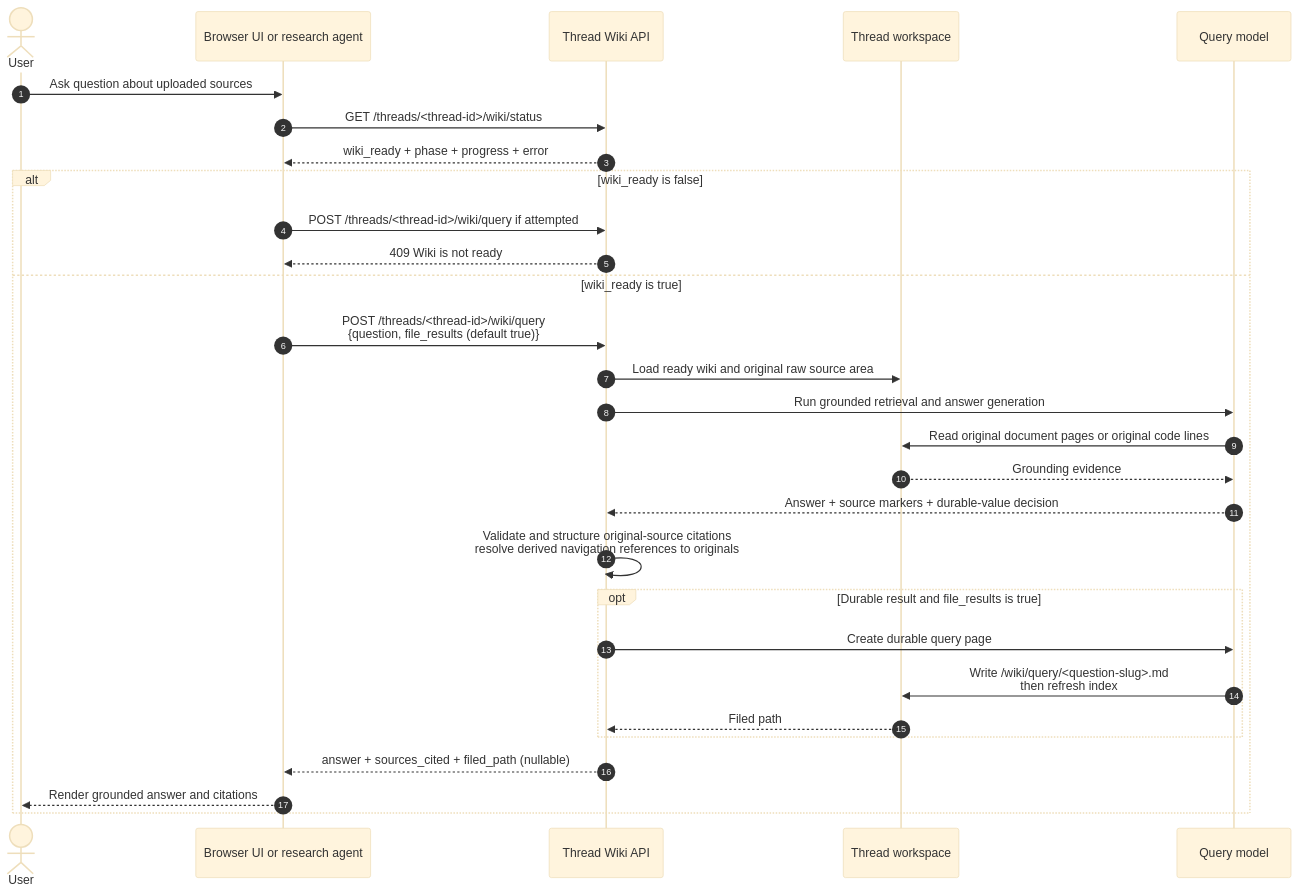
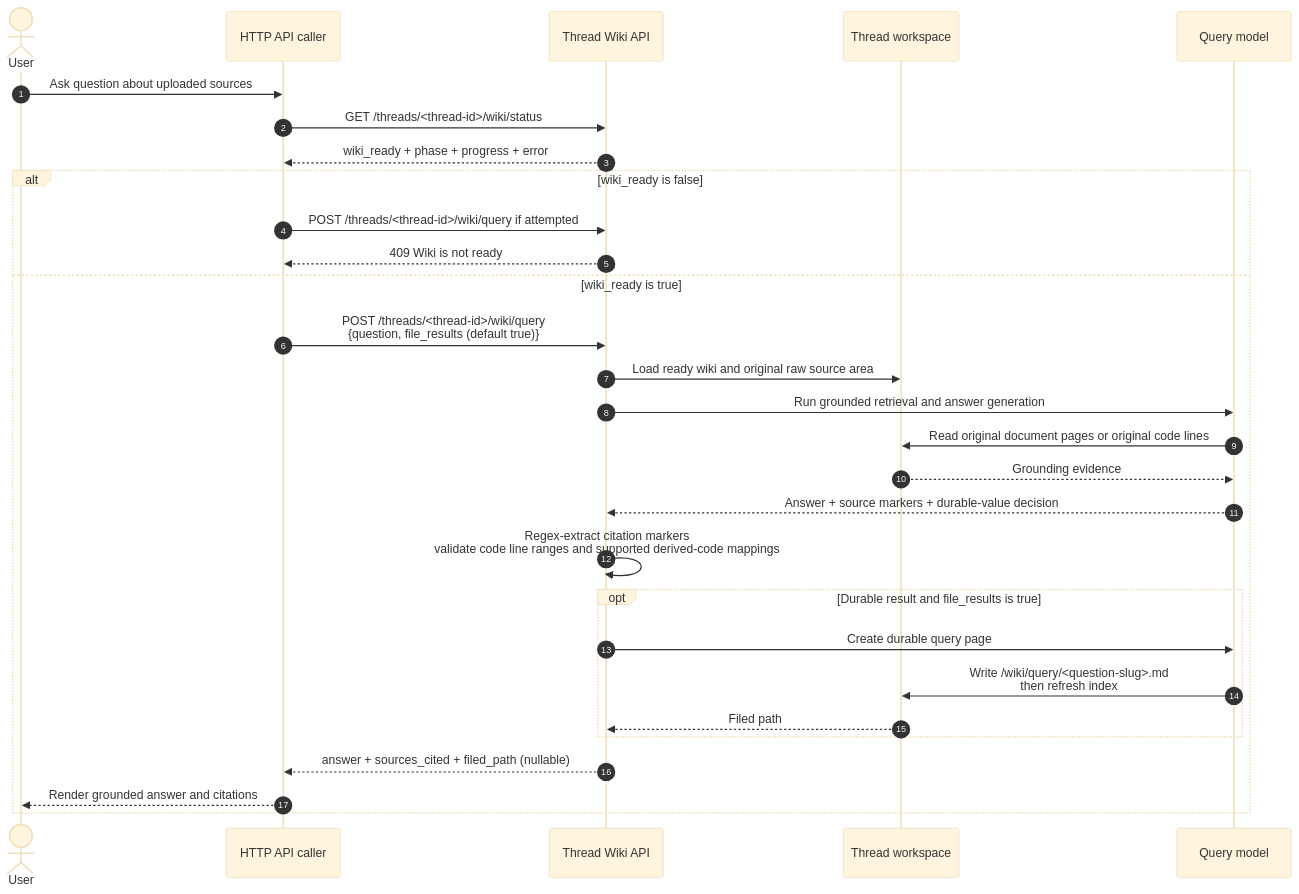
Before and after one commit to jerryshao2012/bmo-deepagent-ui: the second of 2 diagrams in documents/llm-wiki/llm-wiki.md, drawn with Mermaid (base theme). The commit also changed other lines of this file, not shown here.

Commit message:
docs: correct LLM Wiki workflow details

````diff
--- a/documents/llm-wiki/llm-wiki.md
+++ b/documents/llm-wiki/llm-wiki.md
@@ -158,32 +159,32 @@
 ```mermaid
 sequenceDiagram
     autonumber
     actor U as User
-    participant UI as Browser UI or research agent
+    participant CALL as HTTP API caller
     participant API as Thread Wiki API
     participant WS as Thread workspace
     participant QM as Query model
 
-    U->>UI: Ask question about uploaded sources
-    UI->>API: GET /threads/<thread-id>/wiki/status
-    API-->>UI: wiki_ready + phase + progress + error
+    U->>CALL: Ask question about uploaded sources
+    CALL->>API: GET /threads/<thread-id>/wiki/status
+    API-->>CALL: wiki_ready + phase + progress + error
     alt wiki_ready is false
-        UI->>API: POST /threads/<thread-id>/wiki/query if attempted
-        API-->>UI: 409 Wiki is not ready
+        CALL->>API: POST /threads/<thread-id>/wiki/query if attempted
+        API-->>CALL: 409 Wiki is not ready
     else wiki_ready is true
-        UI->>API: POST /threads/<thread-id>/wiki/query<br/>{question, file_results (default true)}
+        CALL->>API: POST /threads/<thread-id>/wiki/query<br/>{question, file_results (default true)}
         API->>WS: Load ready wiki and original raw source area
         API->>QM: Run grounded retrieval and answer generation
         QM->>WS: Read original document pages or original code lines
         WS-->>QM: Grounding evidence
         QM-->>API: Answer + source markers + durable-value decision
-        API->>API: Validate and structure original-source citations<br/>resolve derived navigation references to originals
+        API->>API: Regex-extract citation markers<br/>validate code line ranges and supported derived-code mappings
         opt Durable result and file_results is true
             API->>QM: Create durable query page
             QM->>WS: Write /wiki/query/<question-slug>.md<br/>then refresh index
             WS-->>API: Filed path
         end
-        API-->>UI: answer + sources_cited + filed_path (nullable)
-        UI-->>U: Render grounded answer and citations
+        API-->>CALL: answer + sources_cited + filed_path (nullable)
+        CALL-->>U: Render grounded answer and citations
     end
 ```
````
